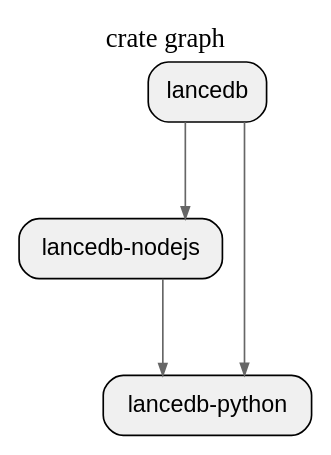
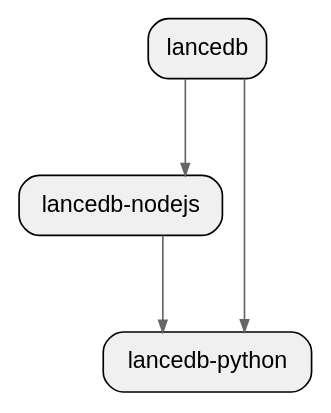
Before and after one commit to allenanswerzq/llmcc: the diagram in sample/lancedb-pagerank/depth_1_crate.dot, drawn with Graphviz. The commit also changed 242 other files, not shown here.

```diff
--- a/sample/lancedb-pagerank/depth_1_crate.dot
+++ b/sample/lancedb-pagerank/depth_1_crate.dot
@@ -1,24 +1,23 @@
 digraph architecture {
   // Layout settings
   rankdir=TB;
   ranksep=0.8;
   nodesep=0.4;
   splines=ortho;
   concentrate=true;
 
   node [shape=box, style="rounded,filled", fillcolor="#f0f0f0", fontname="Helvetica"];
   edge [color="#666666", arrowsize=0.7];
 
-  label="crate graph";
   labelloc=t;
   fontsize=16;
   fontname="Helvetica Bold";
 
   crate_lancedb[label="lancedb"];
   crate_lancedb_nodejs[label="lancedb-nodejs"];
   crate_lancedb_python[label="lancedb-python"];
 
   crate_lancedb -> crate_lancedb_nodejs;
   crate_lancedb -> crate_lancedb_python;
   crate_lancedb_nodejs -> crate_lancedb_python;
 }
```
